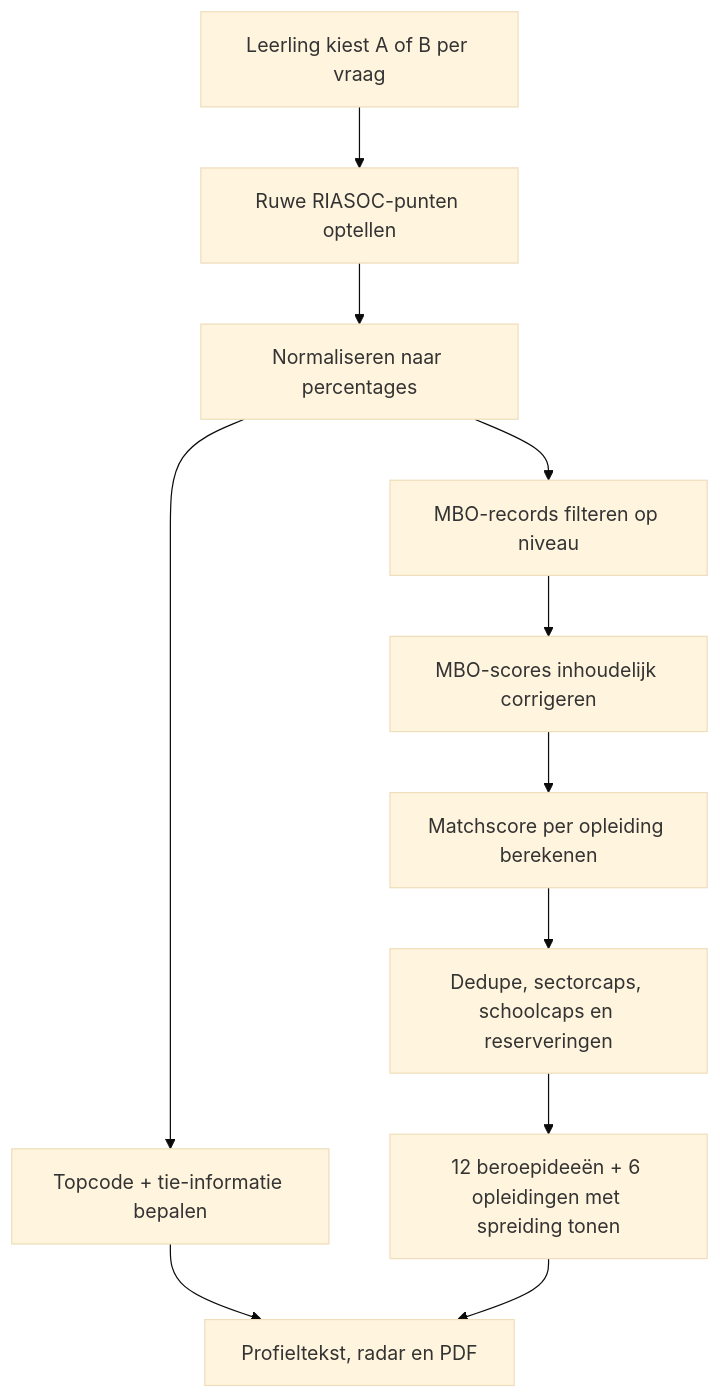
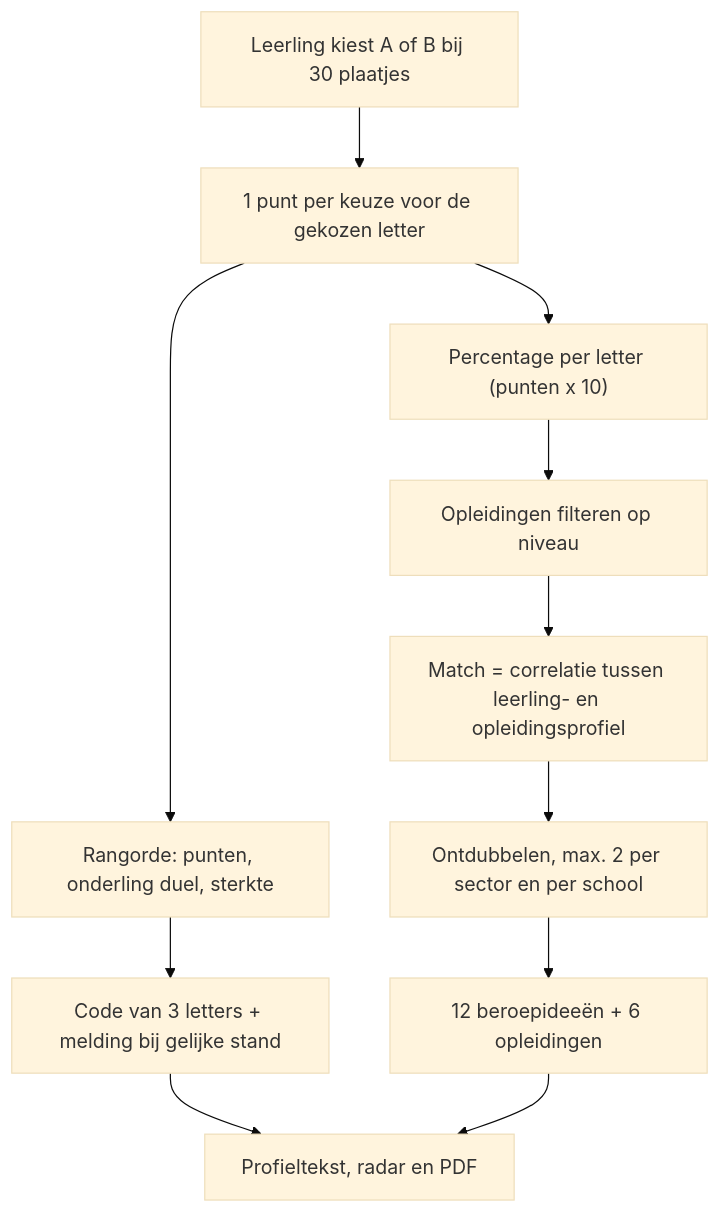
Before and after one commit to michelbuchnernl/mbo-verkenner: the diagram in docs/RIASOC_Modeluitleg_weging_en_resultaat.md, drawn with Mermaid (base theme). The commit also changed other lines of this file and 19 other files, not shown here.

````diff
--- a/docs/RIASOC_Modeluitleg_weging_en_resultaat.md
+++ b/docs/RIASOC_Modeluitleg_weging_en_resultaat.md
@@ -262,13 +162,13 @@
 ```mermaid
 flowchart TD
-    A["Leerling kiest A of B per vraag"] --> B["Ruwe RIASOC-punten optellen"]
-    B --> C["Normaliseren naar percentages"]
-    C --> D["Topcode + tie-informatie bepalen"]
-    C --> E["MBO-records filteren op niveau"]
-    E --> F["MBO-scores inhoudelijk corrigeren"]
-    F --> G["Matchscore per opleiding berekenen"]
-    G --> H["Dedupe, sectorcaps, schoolcaps en reserveringen"]
-    H --> J["12 beroepideeën + 6 opleidingen met spreiding tonen"]
-    D --> I["Profieltekst, radar en PDF"]
+    A["Leerling kiest A of B bij 30 plaatjes"] --> B["1 punt per keuze voor de gekozen letter"]
+    B --> C["Percentage per letter (punten x 10)"]
+    B --> D["Rangorde: punten, onderling duel, sterkte"]
+    D --> K["Code van 3 letters + melding bij gelijke stand"]
+    C --> E["Opleidingen filteren op niveau"]
+    E --> G["Match = correlatie tussen leerling- en opleidingsprofiel"]
+    G --> H["Ontdubbelen, max. 2 per sector en per school"]
+    H --> J["12 beroepideeën + 6 opleidingen"]
+    K --> I["Profieltekst, radar en PDF"]
     J --> I
 ```
````
